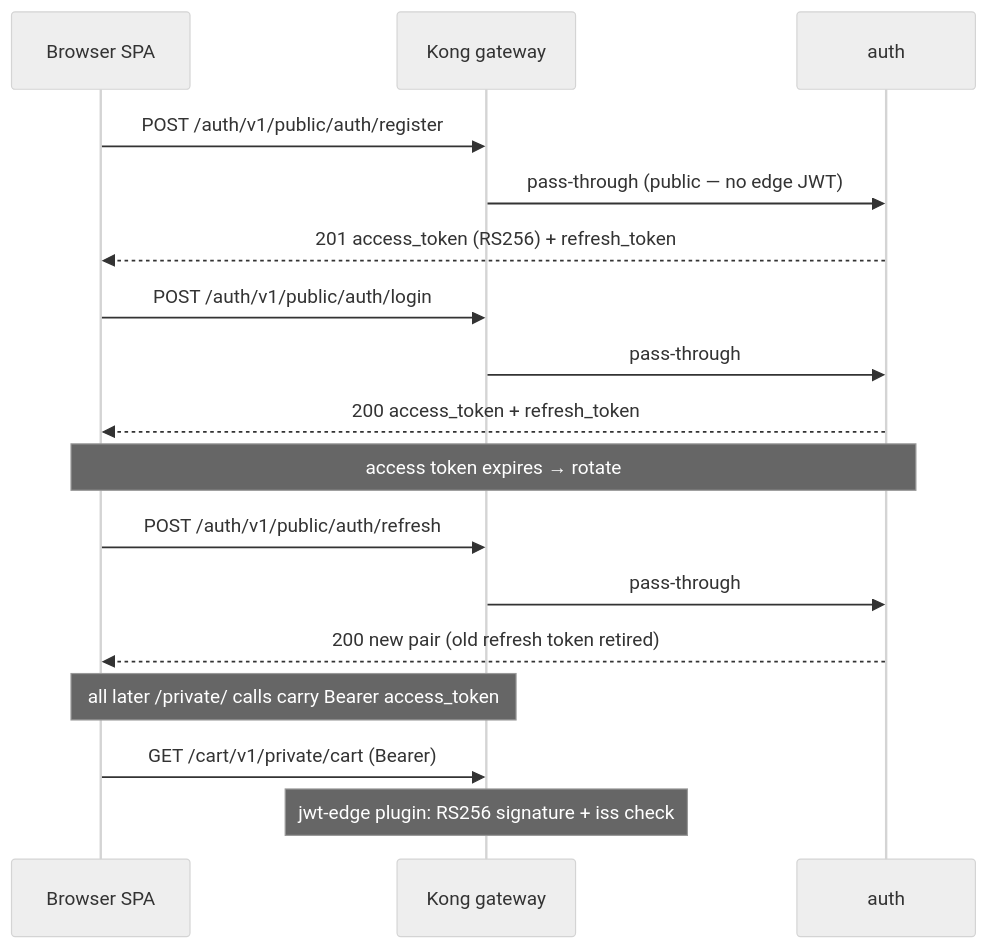
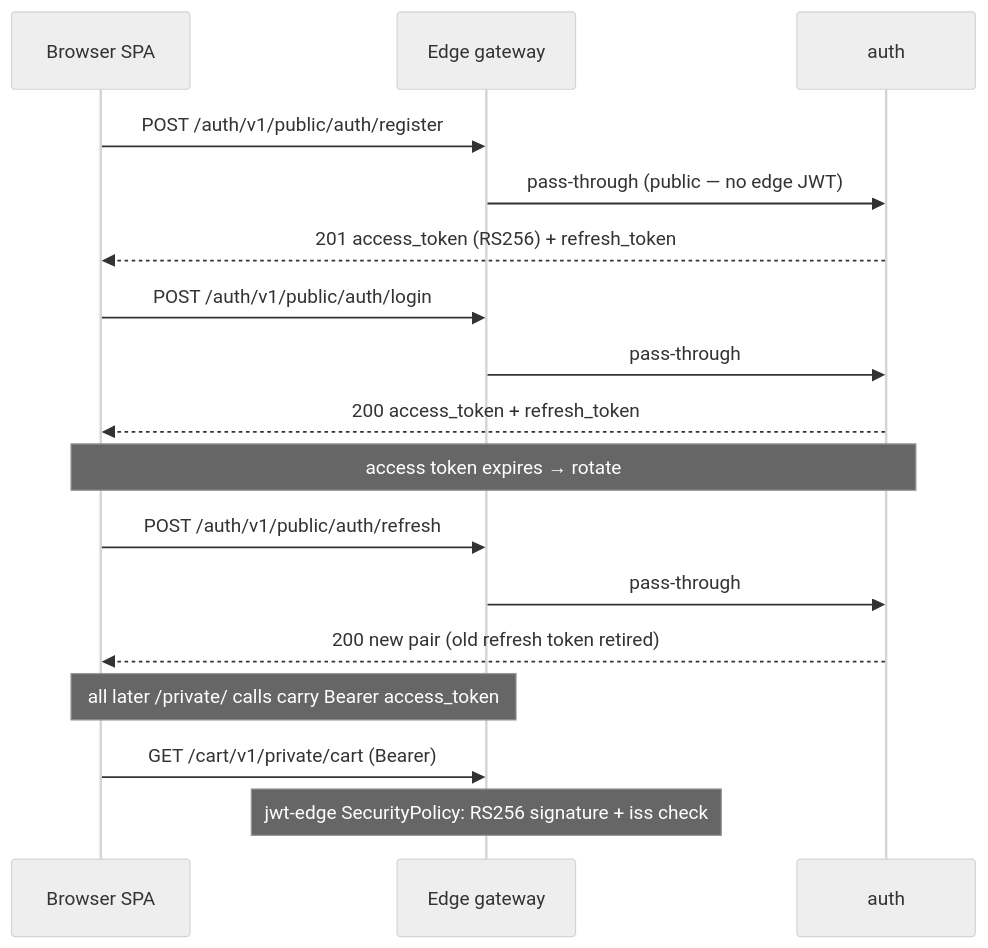
The sixth of 10 diagrams in docs/api/api.md (duynhlab/homelab), drawn with Mermaid (neutral theme) before and after one commit. The commit also changed other lines of this file and 28 other files, not shown here.

````diff
--- a/docs/api/api.md
+++ b/docs/api/api.md
@@ -502,23 +506,23 @@
 ```mermaid
 sequenceDiagram
     participant SPA as Browser SPA
-    participant Kong as Kong gateway
+    participant Edge as Edge gateway
     participant Auth as auth
 
-    SPA->>Kong: POST /auth/v1/public/auth/register
-    Kong->>Auth: pass-through (public — no edge JWT)
+    SPA->>Edge: POST /auth/v1/public/auth/register
+    Edge->>Auth: pass-through (public — no edge JWT)
     Auth-->>SPA: 201 access_token (RS256) + refresh_token
 
-    SPA->>Kong: POST /auth/v1/public/auth/login
-    Kong->>Auth: pass-through
+    SPA->>Edge: POST /auth/v1/public/auth/login
+    Edge->>Auth: pass-through
     Auth-->>SPA: 200 access_token + refresh_token
 
     Note over SPA,Auth: access token expires → rotate
-    SPA->>Kong: POST /auth/v1/public/auth/refresh
-    Kong->>Auth: pass-through
+    SPA->>Edge: POST /auth/v1/public/auth/refresh
+    Edge->>Auth: pass-through
     Auth-->>SPA: 200 new pair (old refresh token retired)
 
-    Note over SPA,Kong: all later /private/ calls carry Bearer access_token
-    SPA->>Kong: GET /cart/v1/private/cart (Bearer)
-    Note over Kong: jwt-edge plugin: RS256 signature + iss check
+    Note over SPA,Edge: all later /private/ calls carry Bearer access_token
+    SPA->>Edge: GET /cart/v1/private/cart (Bearer)
+    Note over Edge: jwt-edge SecurityPolicy: RS256 signature + iss check
 ```
````
